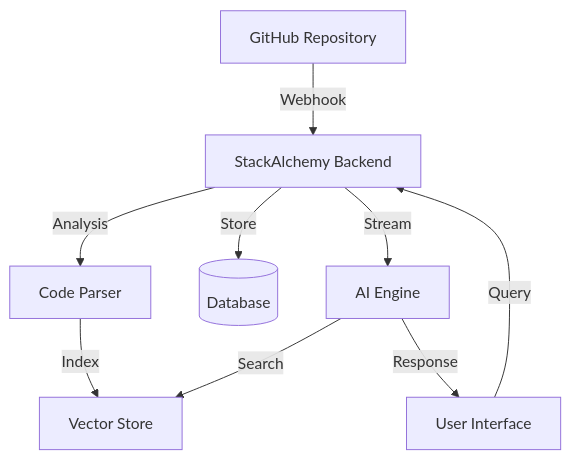
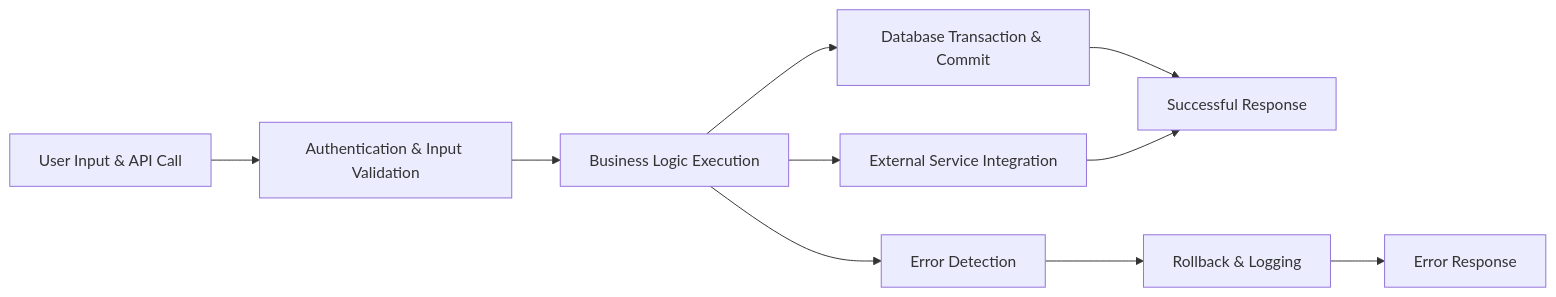
One commit to SamridhVaasu/stackalchemy changed the third of 5 diagrams in README.md. Above: the diagram before and after it, drawn with Mermaid. The commit also changed other lines of this file, not shown here.

````diff
--- a/README.md
+++ b/README.md
@@ -23,11 +77,12 @@
 ```mermaid
-graph TD
-    A[GitHub Repository] -->|Webhook| B[StackAlchemy Backend]
-    B -->|Analysis| C[Code Parser]
-    B -->|Store| D[(Database)]
-    E[User Interface] -->|Query| B
-    B -->|Stream| F[AI Engine]
-    F -->|Response| E
-    C -->|Index| G[Vector Store]
-    F -->|Search| G
+flowchart LR
+    A[User Input & API Call] --> B[Authentication & Input Validation]
+    B --> C[Business Logic Execution]
+    C --> D[Database Transaction & Commit]
+    C --> E[External Service Integration]
+    D --> F[Successful Response]
+    E --> F
+    C --> G[Error Detection]
+    G --> H[Rollback & Logging]
+    H --> I[Error Response]
 ```
````
